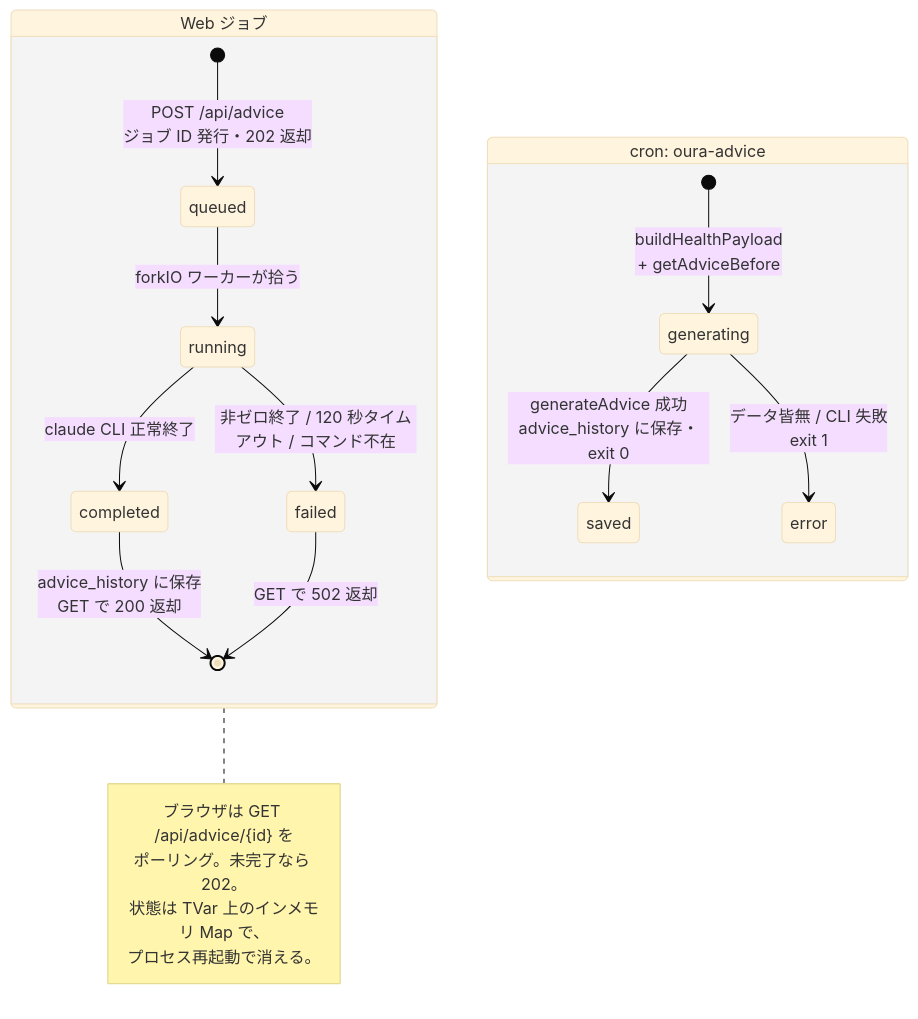
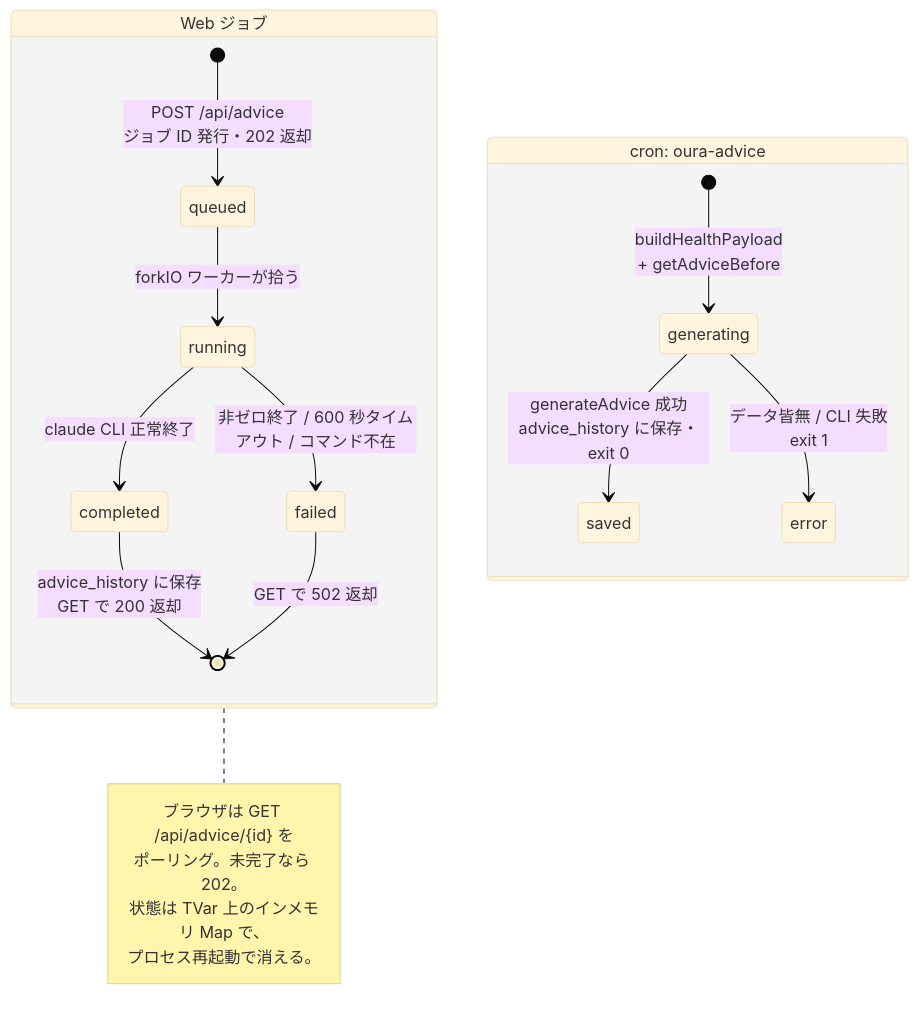
Before and after one commit to ikuya/oura-dashboard-hs: the third of 4 diagrams in docs/code-overview.md, drawn with Mermaid (base theme). The commit also changed other lines of this file and 2 other files, not shown here.

````diff
--- a/docs/code-overview.md
+++ b/docs/code-overview.md
@@ -182,24 +182,24 @@
 ```mermaid
 stateDiagram-v2
     state "Web ジョブ" as web {
         [*] --> queued: POST /api/advice<br/>ジョブ ID 発行・202 返却
         queued --> running: forkIO ワーカーが拾う
         running --> completed: claude CLI 正常終了
-        running --> failed: 非ゼロ終了 / 120 秒タイムアウト / コマンド不在
+        running --> failed: 非ゼロ終了 / 600 秒タイムアウト / コマンド不在
         completed --> [*]: advice_history に保存<br/>GET で 200 返却
         failed --> [*]: GET で 502 返却
     }
 
     state "cron: oura-advice" as cron {
         [*] --> generating: buildHealthPayload<br/>+ getAdviceBefore
         generating --> saved: generateAdvice 成功<br/>advice_history に保存・exit 0
         generating --> error: データ皆無 / CLI 失敗<br/>exit 1
     }
 
     note right of web
         ブラウザは GET /api/advice/{id} を
         ポーリング。未完了なら 202。
         状態は TVar 上のインメモリ Map で、
         プロセス再起動で消える。
     end note
 ```
````
